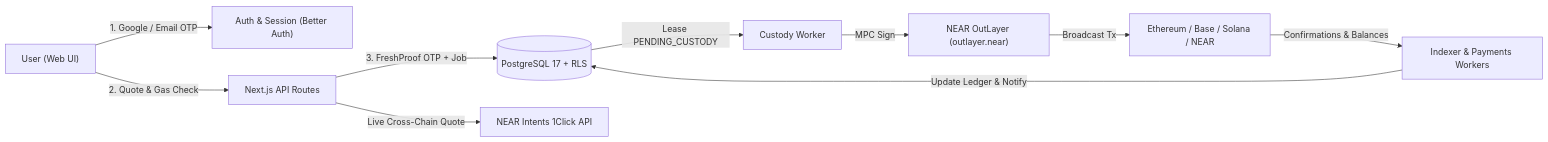
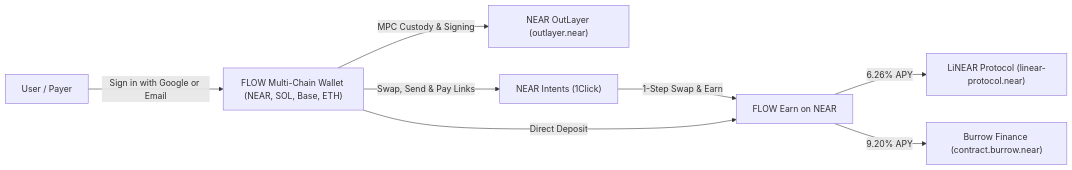
The diagram in README.md (OpeyemiAwt/flow), drawn with Mermaid before and after one commit. The commit also changed other lines of this file and 112 other files, not shown here.

Commit message:
feat: add FLOW Earn on NEAR, global motion design system, and streamlined README

````diff
--- a/README.md
+++ b/README.md
@@ -131,12 +65,10 @@
 ```mermaid
 flowchart LR
-  U["User (Web UI)"] -->|"1. Google / Email OTP"| A["Auth & Session (Better Auth)"]
-  U -->|"2. Quote & Gas Check"| API["Next.js API Routes"]
-  API -->|"3. FreshProof OTP + Job"| DB[("PostgreSQL 17 + RLS")]
-  API -->|"Live Cross-Chain Quote"| OC["NEAR Intents 1Click API"]
-  DB -->|"Lease PENDING_CUSTODY"| CW["Custody Worker"]
-  CW -->|"MPC Sign"| OL["NEAR OutLayer (outlayer.near)"]
-  OL -->|"Broadcast Tx"| CH["Ethereum / Base / Solana / NEAR"]
-  CH -->|"Confirmations & Balances"| IW["Indexer & Payments Workers"]
-  IW -->|"Update Ledger & Notify"| DB
+  U["User / Payer"] -->|"Sign in with Google or Email"| W["FLOW Multi-Chain Wallet (NEAR, SOL, Base, ETH)"]
+  W -->|"MPC Custody & Signing"| OL["NEAR OutLayer (outlayer.near)"]
+  W -->|"Swap, Send & Pay Links"| OC["NEAR Intents (1Click)"]
+  OC -->|"1-Step Swap & Earn"| E["FLOW Earn on NEAR"]
+  W -->|"Direct Deposit"| E
+  E -->|"6.26% APY"| L["LiNEAR Protocol (linear-protocol.near)"]
+  E -->|"9.20% APY"| B["Burrow Finance (contract.burrow.near)"]
 ```
````
